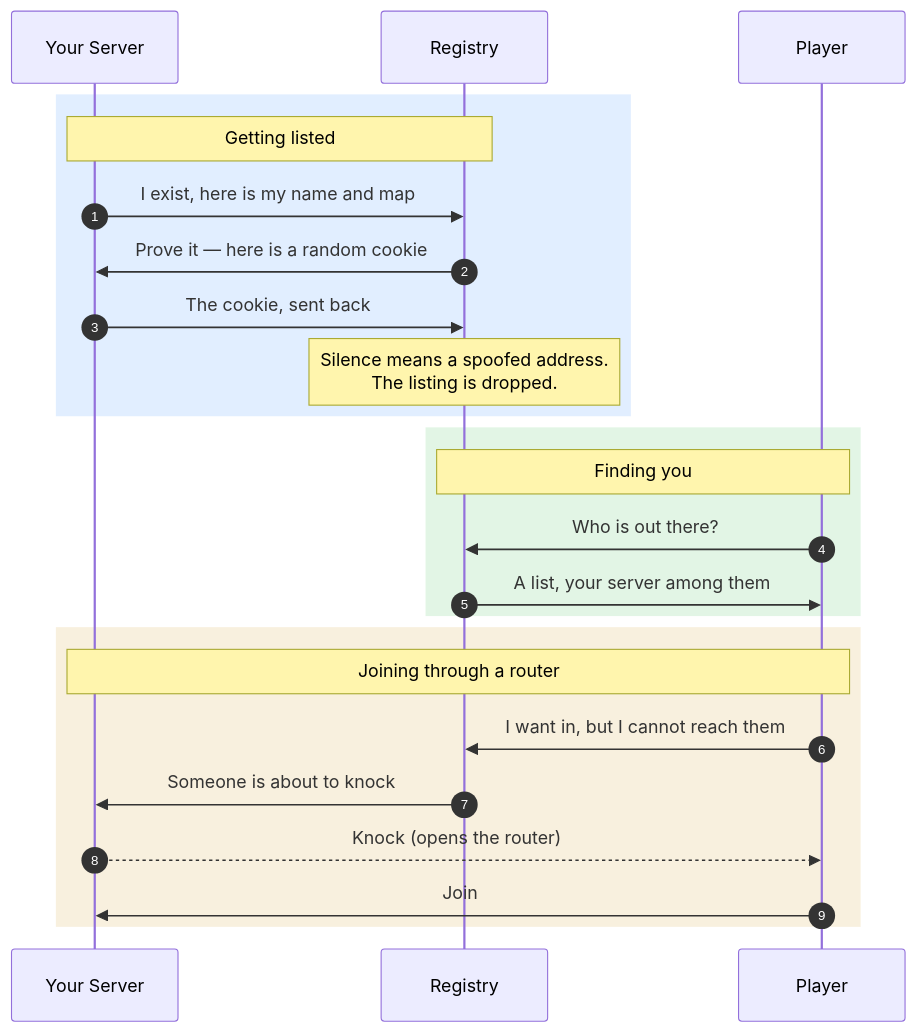
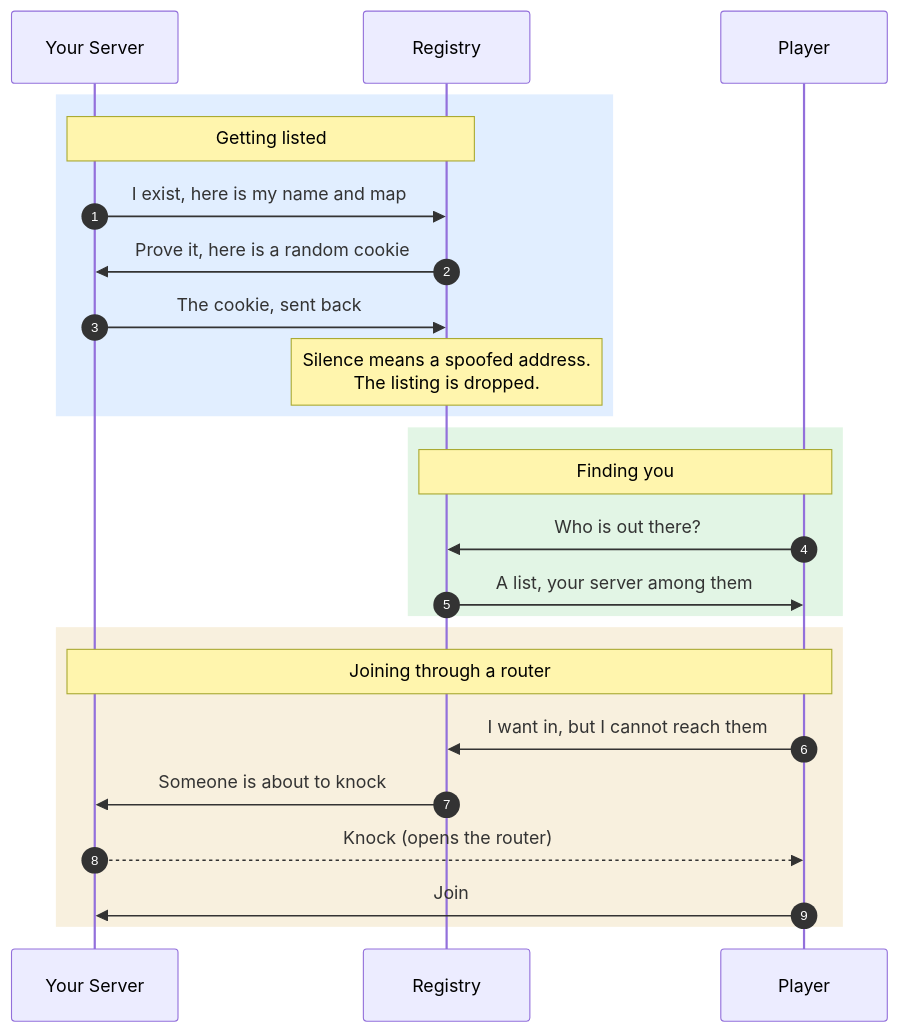
The diagram in README.server-registry.md (rc4l/ForkUnderA), drawn with Mermaid before and after one commit. The commit also changed other lines of this file, not shown here.

Commit message:
Cut the registry readme back to the diagram

````diff
--- a/README.server-registry.md
+++ b/README.server-registry.md
@@ -5,29 +5,29 @@
 ```mermaid
 sequenceDiagram
     autonumber
     participant S as Your Server
     participant R as Registry
     participant P as Player
 
     rect rgba(56, 139, 253, 0.15)
         Note over S,R: Getting listed
         S->>R: I exist, here is my name and map
-        R->>S: Prove it — here is a random cookie
+        R->>S: Prove it, here is a random cookie
         S->>R: The cookie, sent back
         Note over R: Silence means a spoofed address.<br/>The listing is dropped.
     end
 
     rect rgba(63, 185, 80, 0.15)
         Note over P,R: Finding you
         P->>R: Who is out there?
         R->>P: A list, your server among them
     end
 
     rect rgba(210, 153, 34, 0.15)
         Note over S,P: Joining through a router
         P->>R: I want in, but I cannot reach them
         R->>S: Someone is about to knock
         S-->>P: Knock (opens the router)
         P->>S: Join
     end
 ```
````
